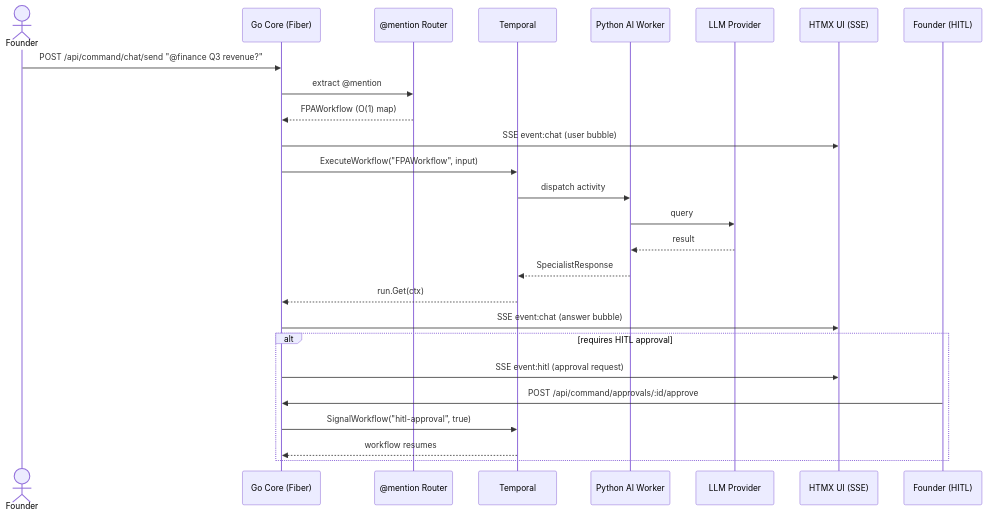
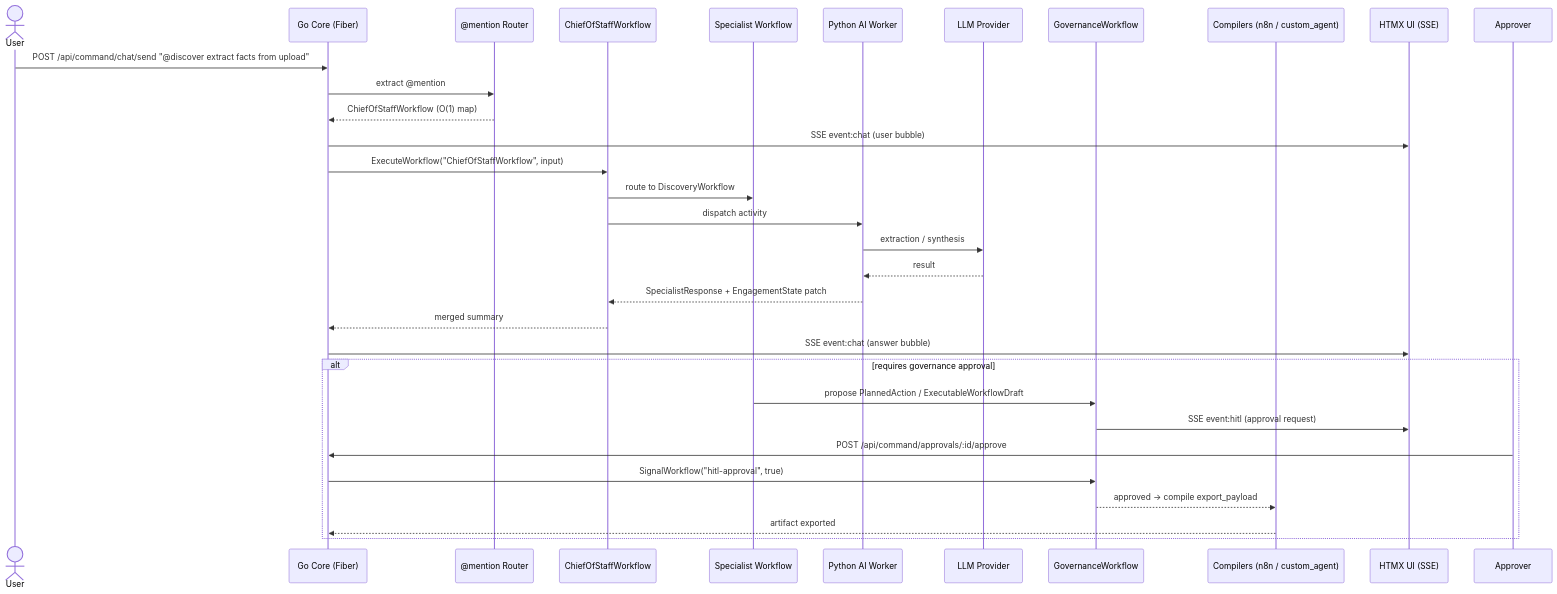
One commit to Aparnap2/Ontology_AI changed the second of 3 diagrams in README.md. Above: the diagram before and after it, drawn with Mermaid. The commit also changed other lines of this file and 53 other files, not shown here.

````diff
--- a/README.md
+++ b/README.md
@@ -94,29 +114,35 @@
 ```mermaid
 sequenceDiagram
-    actor Founder
+    actor User
     participant Core as Go Core (Fiber)
     participant Router as @mention Router
-    participant Temp as Temporal
+    participant COS as ChiefOfStaffWorkflow
+    participant Spec as Specialist Workflow
     participant Agent as Python AI Worker
     participant LLM as LLM Provider
+    participant Gov as GovernanceWorkflow
+    participant Comp as Compilers (n8n / custom_agent)
     participant UI as HTMX UI (SSE)
-    participant Human as Founder (HITL)
+    participant Human as Approver
 
-    Founder->>Core: POST /api/command/chat/send "@finance Q3 revenue?"
+    User->>Core: POST /api/command/chat/send "@discover extract facts from upload"
     Core->>Router: extract @mention
-    Router-->>Core: FPAWorkflow (O(1) map)
+    Router-->>Core: ChiefOfStaffWorkflow (O(1) map)
     Core->>UI: SSE event:chat (user bubble)
-    Core->>Temp: ExecuteWorkflow("FPAWorkflow", input)
-    Temp->>Agent: dispatch activity
-    Agent->>LLM: query
+    Core->>COS: ExecuteWorkflow("ChiefOfStaffWorkflow", input)
+    COS->>Spec: route to DiscoveryWorkflow
+    COS->>Agent: dispatch activity
+    Agent->>LLM: extraction / synthesis
     LLM-->>Agent: result
-    Agent-->>Temp: SpecialistResponse
-    Temp-->>Core: run.Get(ctx)
+    Agent-->>COS: SpecialistResponse + EngagementState patch
+    COS-->>Core: merged summary
     Core->>UI: SSE event:chat (answer bubble)
-    alt requires HITL approval
-        Core->>UI: SSE event:hitl (approval request)
+    alt requires governance approval
+        Spec->>Gov: propose PlannedAction / ExecutableWorkflowDraft
+        Gov->>UI: SSE event:hitl (approval request)
         Human->>Core: POST /api/command/approvals/:id/approve
-        Core->>Temp: SignalWorkflow("hitl-approval", true)
-        Temp-->>Core: workflow resumes
+        Core->>Gov: SignalWorkflow("hitl-approval", true)
+        Gov-->>Comp: approved → compile export_payload
+        Comp-->>Core: artifact exported
     end
 ```
````
